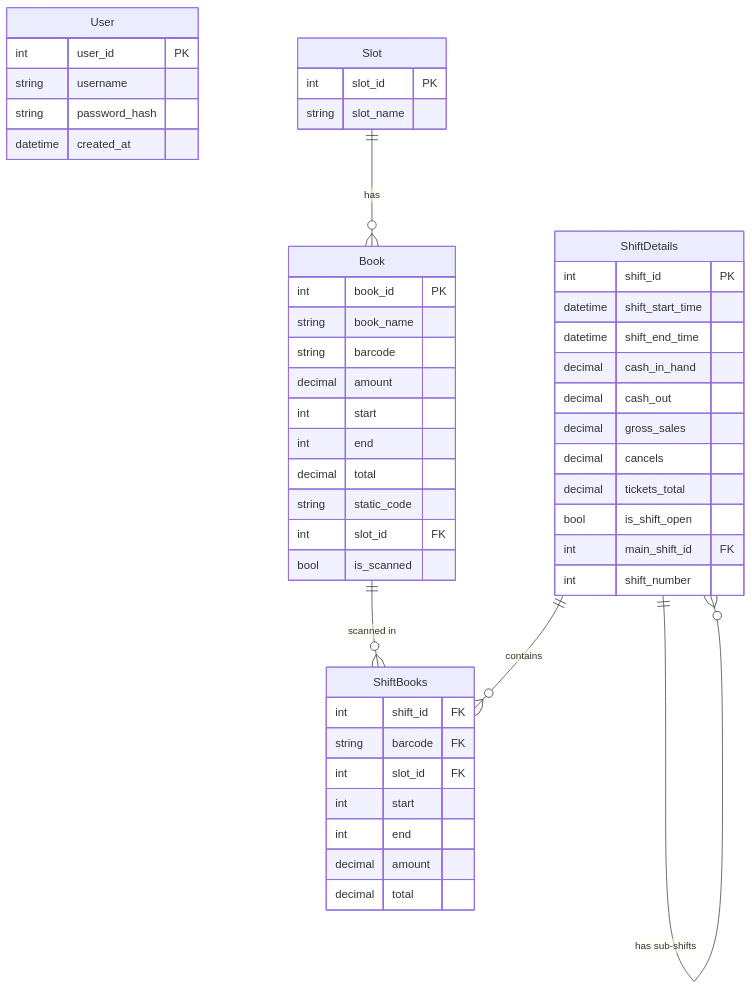
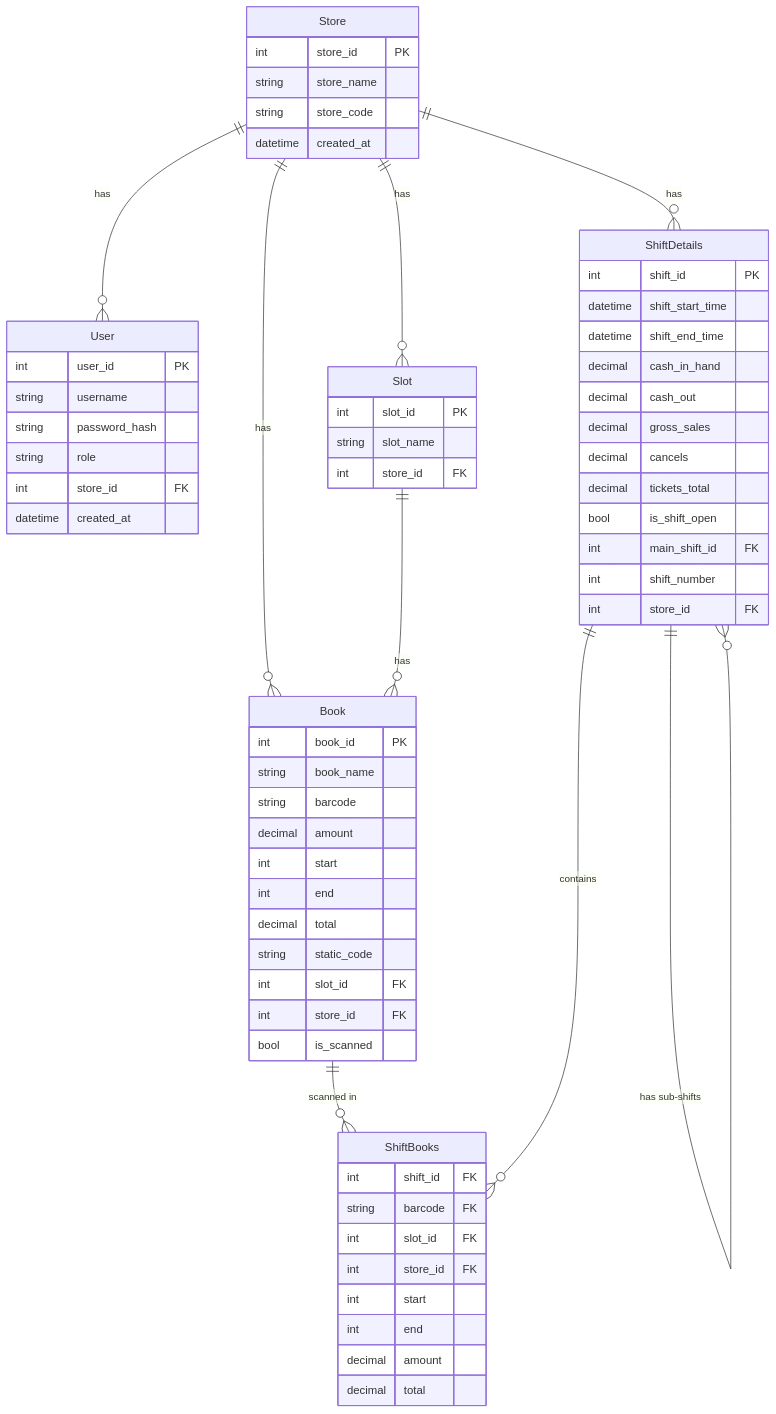
One commit to AbdelrahmanYousef9266/LottoMeter-v2 changed the diagram in Docs/ERD.md. Above: the diagram before and after it, drawn with Mermaid. The commit also changed other lines of this file and 2 other files, not shown here.

Commit message:
docs: update SRS, ERD, SDLC with store_id, role, and commercialization roadmap

````diff
--- a/Docs/ERD.md
+++ b/Docs/ERD.md
@@ -9,56 +11,73 @@
 ```mermaid
 erDiagram
+  Store {
+    int store_id PK
+    string store_name
+    string store_code
+    datetime created_at
+  }
+
   User {
     int user_id PK
     string username
     string password_hash
+    string role
+    int store_id FK
     datetime created_at
   }
 
   Slot {
     int slot_id PK
     string slot_name
+    int store_id FK
   }
 
   Book {
     int book_id PK
     string book_name
     string barcode
     decimal amount
     int start
     int end
     decimal total
     string static_code
     int slot_id FK
+    int store_id FK
     bool is_scanned
   }
 
   ShiftDetails {
     int shift_id PK
     datetime shift_start_time
     datetime shift_end_time
     decimal cash_in_hand
     decimal cash_out
     decimal gross_sales
     decimal cancels
     decimal tickets_total
     bool is_shift_open
     int main_shift_id FK
     int shift_number
+    int store_id FK
   }
 
   ShiftBooks {
     int shift_id FK
     string barcode FK
     int slot_id FK
+    int store_id FK
     int start
     int end
     decimal amount
     decimal total
   }
 
+  Store ||--o{ User : "has"
+  Store ||--o{ Slot : "has"
+  Store ||--o{ Book : "has"
+  Store ||--o{ ShiftDetails : "has"
   Slot ||--o{ Book : "has"
   Book ||--o{ ShiftBooks : "scanned in"
   ShiftDetails ||--o{ ShiftBooks : "contains"
   ShiftDetails ||--o{ ShiftDetails : "has sub-shifts"
 ```
````
